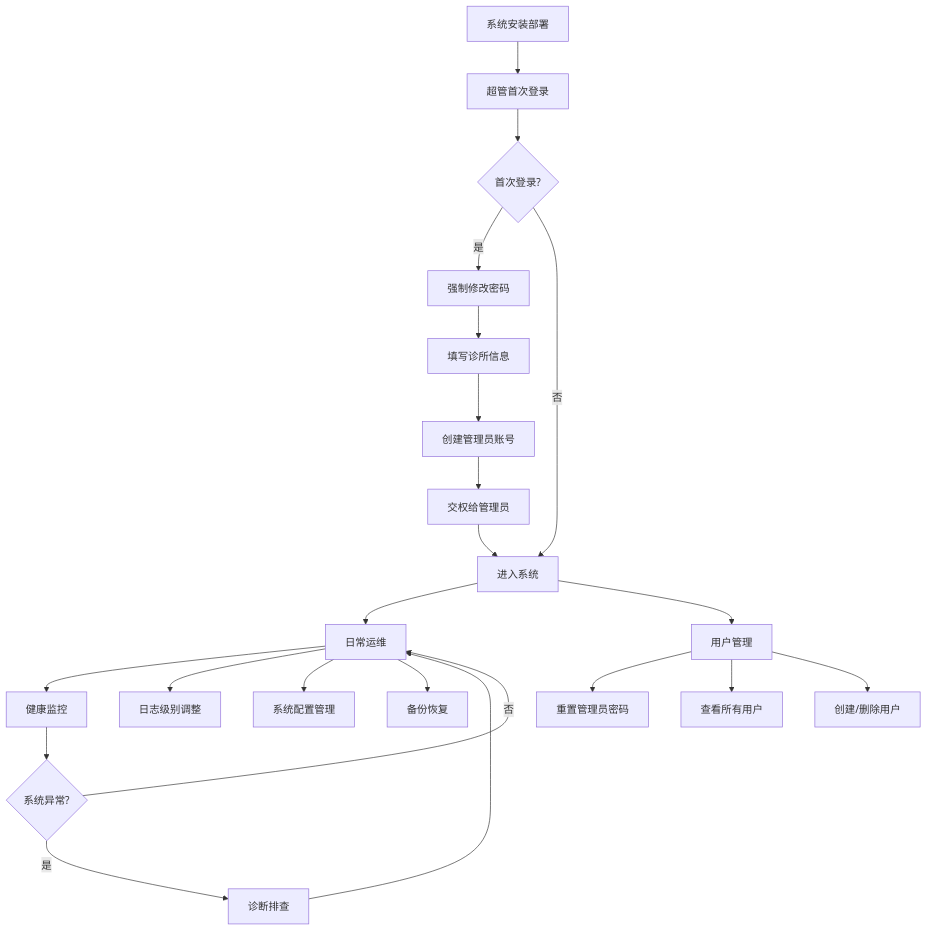
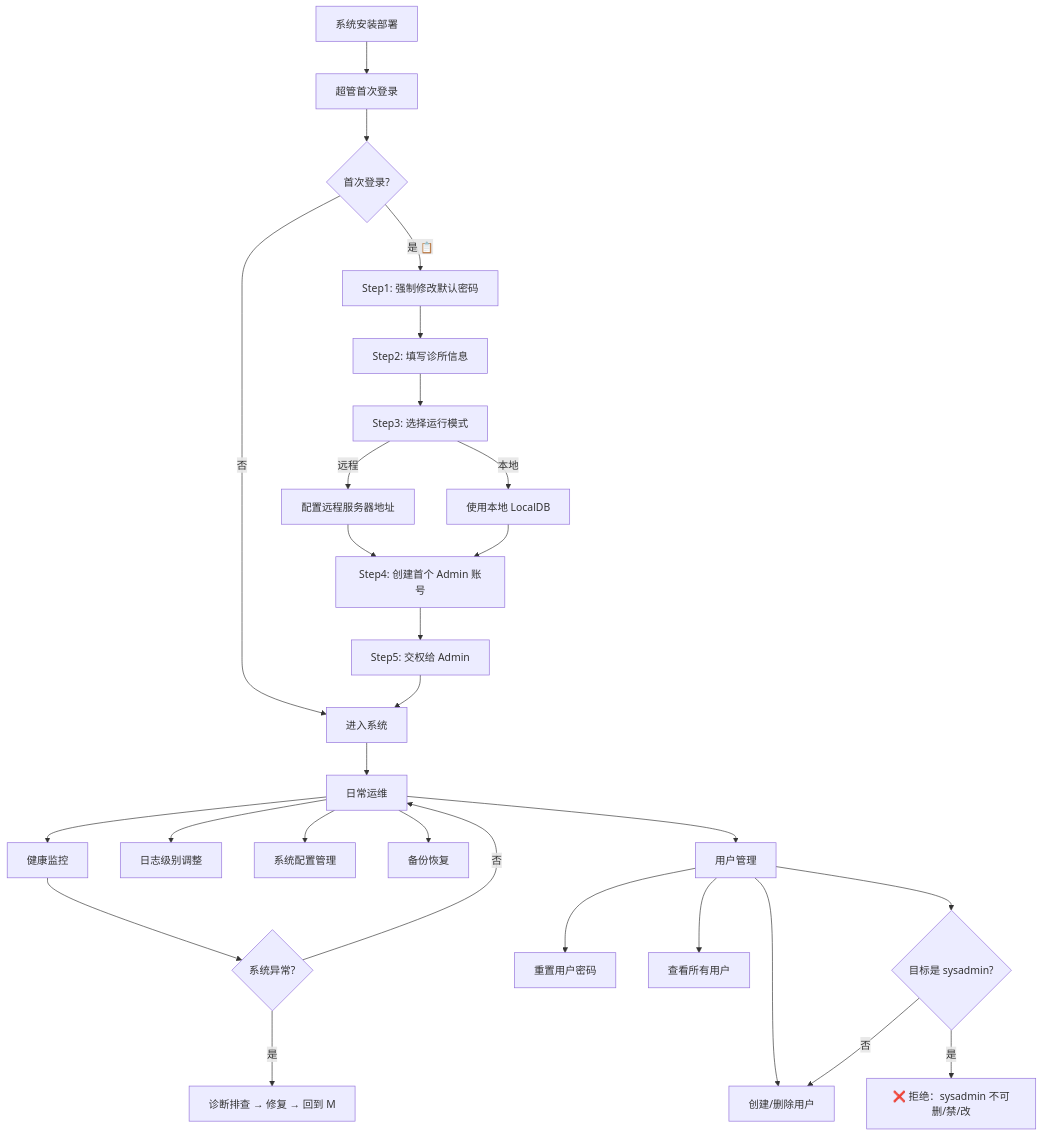
The first of 8 diagrams in docs/01-product/02-personas.md (shouqitao/LYBTZYZS), drawn with Mermaid before and after one commit. The commit also changed other lines of this file and 3 other files, not shown here.

````diff
--- a/docs/01-product/02-personas.md
+++ b/docs/01-product/02-personas.md
@@ -112,27 +37,33 @@
 ```mermaid
 flowchart TD
     A[系统安装部署] --> B[超管首次登录]
     B --> C{首次登录?}
-    C -->|是| D[强制修改密码]
-    C -->|否| E[进入系统]
-    D --> F[填写诊所信息]
-    F --> G[创建管理员账号]
-    G --> H[交权给管理员]
-    H --> E
+    C -->|是 📋| D[Step1: 强制修改默认密码]
+    C -->|否| L
+    D --> E[Step2: 填写诊所信息]
+    E --> F[Step3: 选择运行模式]
+    F -->|远程| F1[配置远程服务器地址]
+    F -->|本地| F2[使用本地 LocalDB]
+    F1 --> G[Step4: 创建首个 Admin 账号]
+    F2 --> G
+    G --> H[Step5: 交权给 Admin]
+    H --> L
 
-    E --> I[日常运维]
-    I --> I1[健康监控]
-    I --> I2[日志级别调整]
-    I --> I3[系统配置管理]
-    I --> I4[备份恢复]
+    L[进入系统] --> M[日常运维]
+    M --> M1[健康监控]
+    M --> M2[日志级别调整]
+    M --> M3[系统配置管理]
+    M --> M4[备份恢复]
+    M --> M5[用户管理]
 
-    I1 --> J{系统异常?}
-    J -->|是| K[诊断排查]
-    J -->|否| I
-    K --> I
+    M1 --> N{系统异常?}
+    N -->|是| O[诊断排查 → 修复 → 回到 M]
+    N -->|否| M
 
-    E --> L[用户管理]
-    L --> L1[重置管理员密码]
-    L --> L2[查看所有用户]
-    L --> L3[创建/删除用户]
+    M5 --> P[重置用户密码]
+    M5 --> Q[查看所有用户]
+    M5 --> R[创建/删除用户]
+    M5 --> S{目标是 sysadmin?}
+    S -->|是| T[❌ 拒绝：sysadmin 不可删/禁/改]
+    S -->|否| R
 ```
````
